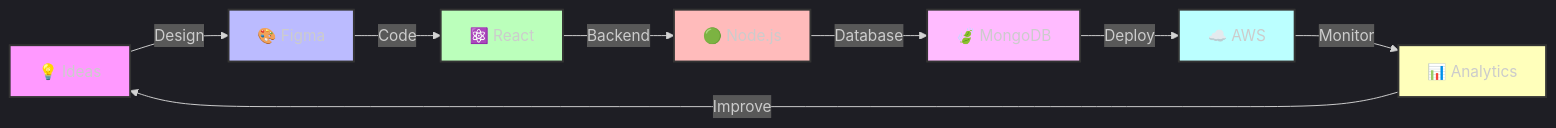
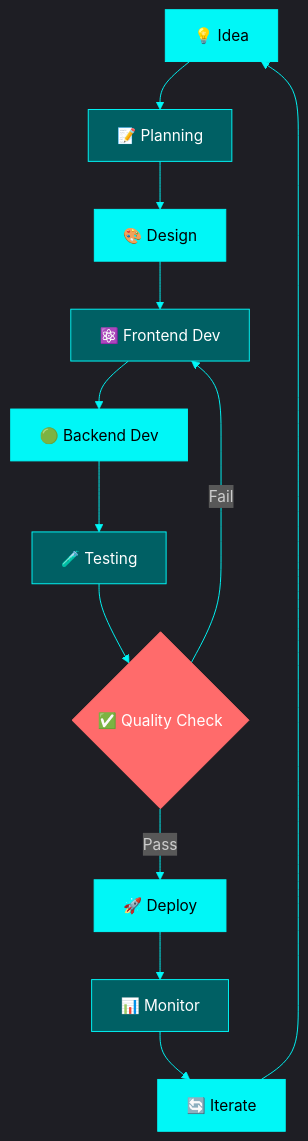
One commit to Nashid-k/Nashid-k changed the diagram in README.md. Above: the diagram before and after it, drawn with Mermaid. The commit also changed other lines of this file, not shown here.

````diff
--- a/README.md
+++ b/README.md
@@ -175,19 +272,26 @@
 ```mermaid
-%%{init: {'theme':'dark'}}%%
-graph LR
-    A[💡 Ideas] -->|Design| B[🎨 Figma]
-    B -->|Code| C[⚛️ React]
-    C -->|Backend| D[🟢 Node.js]
-    D -->|Database| E[🍃 MongoDB]
-    E -->|Deploy| F[☁️ AWS]
-    F -->|Monitor| G[📊 Analytics]
-    G -->|Improve| A
+%%{init: {'theme':'dark', 'themeVariables': { 'primaryColor':'#00f7f7','primaryTextColor':'#fff','primaryBorderColor':'#00f7f7','lineColor':'#00f7f7','secondaryColor':'#006064','tertiaryColor':'#0D1117'}}}%%
+flowchart TB
+    A[💡 Idea] --> B[📝 Planning]
+    B --> C[🎨 Design]
+    C --> D[⚛️ Frontend Dev]
+    D --> E[🟢 Backend Dev]
+    E --> F[🧪 Testing]
+    F --> G{✅ Quality Check}
+    G -->|Pass| H[🚀 Deploy]
+    G -->|Fail| D
+    H --> I[📊 Monitor]
+    I --> J[🔄 Iterate]
+    J --> A
     
-    style A fill:#f9f,stroke:#333,stroke-width:2px
-    style B fill:#bbf,stroke:#333,stroke-width:2px
-    style C fill:#bfb,stroke:#333,stroke-width:2px
-    style D fill:#fbb,stroke:#333,stroke-width:2px
-    style E fill:#fbf,stroke:#333,stroke-width:2px
-    style F fill:#bff,stroke:#333,stroke-width:2px
-    style G fill:#ffb,stroke:#333,stroke-width:2px
+    style A fill:#00f7f7,stroke:#00f7f7,color:#000
+    style B fill:#006064,stroke:#00f7f7,color:#fff
+    style C fill:#00f7f7,stroke:#00f7f7,color:#000
+    style D fill:#006064,stroke:#00f7f7,color:#fff
+    style E fill:#00f7f7,stroke:#00f7f7,color:#000
+    style F fill:#006064,stroke:#00f7f7,color:#fff
+    style G fill:#ff6b6b,stroke:#ff6b6b,color:#fff
+    style H fill:#00f7f7,stroke:#00f7f7,color:#000
+    style I fill:#006064,stroke:#00f7f7,color:#fff
+    style J fill:#00f7f7,stroke:#00f7f7,color:#000
 ```
````
